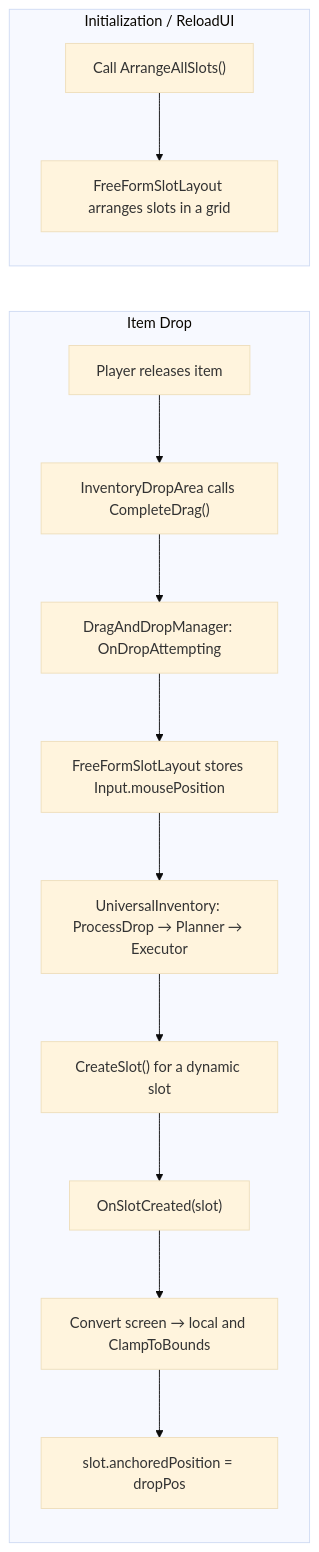
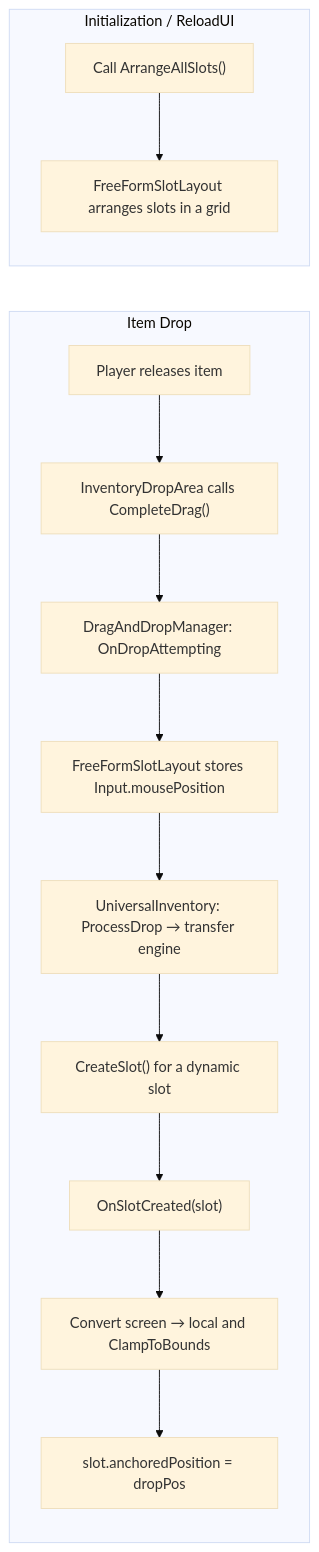
One commit to SergeevSergey99/DragAndDropSystem-Docs changed the second of 2 diagrams in .docs/content/systems/free-form-layout.en.md. Above: the diagram before and after it, drawn with Mermaid (base theme). The commit also changed other lines of this file and 23 other files, not shown here.

````diff
--- a/.docs/content/systems/free-form-layout.en.md
+++ b/.docs/content/systems/free-form-layout.en.md
@@ -72,17 +72,17 @@
 ```mermaid
 flowchart LR
     subgraph Drop["Item Drop"]
         A["Player releases item"] --> B["InventoryDropArea calls CompleteDrag()"]
         B --> C["DragAndDropManager: OnDropAttempting"]
         C --> D["FreeFormSlotLayout stores Input.mousePosition"]
-        D --> E["UniversalInventory: ProcessDrop → Planner → Executor"]
+        D --> E["UniversalInventory: ProcessDrop → transfer engine"]
         E --> F["CreateSlot() for a dynamic slot"]
         F --> G["OnSlotCreated(slot)"]
         G --> H["Convert screen → local and ClampToBounds"]
         H --> I["slot.anchoredPosition = dropPos"]
     end
 
     subgraph Init["Initialization / ReloadUI"]
         J["Call ArrangeAllSlots()"] --> K["FreeFormSlotLayout arranges slots in a grid"]
     end
 ```
````
